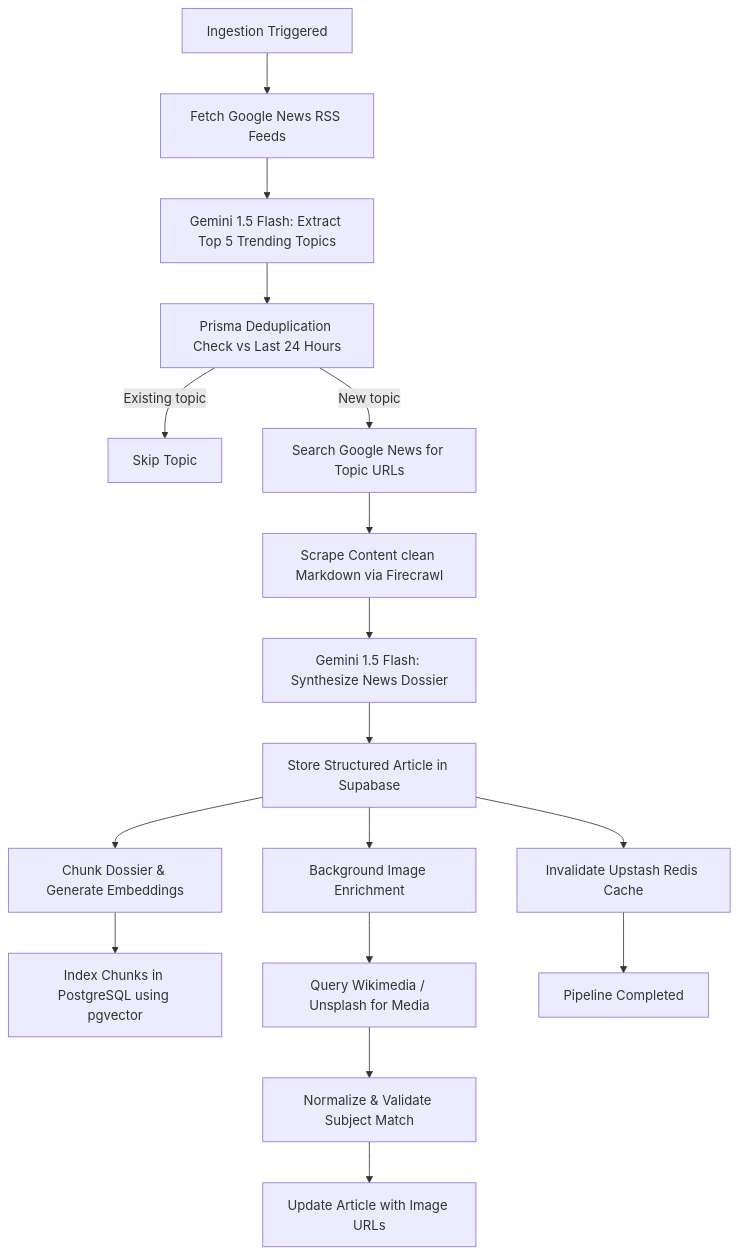
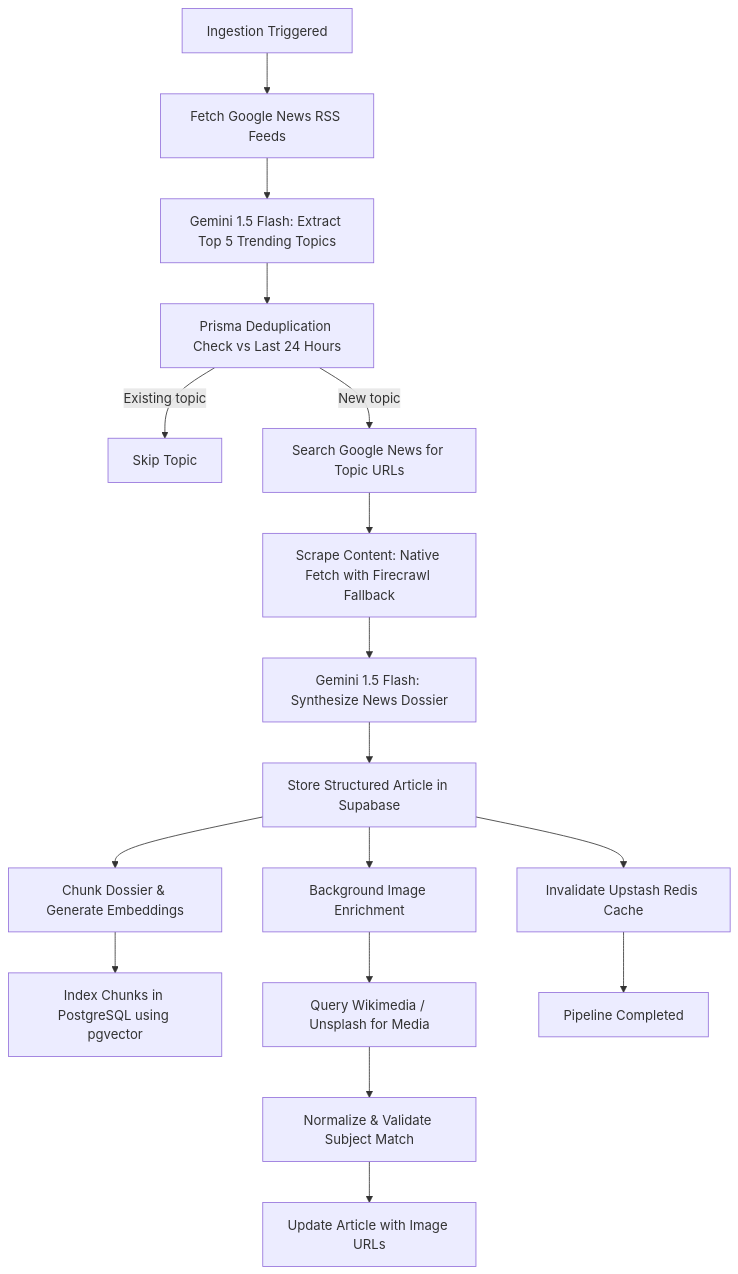
One commit to surajarya0007/India-Report changed the first of 3 diagrams in README.md. Above: the diagram before and after it, drawn with Mermaid. The commit also changed other lines of this file and 13 other files, not shown here.

````diff
--- a/README.md
+++ b/README.md
@@ -22,19 +22,19 @@
 ```mermaid
 flowchart TD
     Start[Ingestion Triggered] --> Feeds[Fetch Google News RSS Feeds]
     Feeds --> GeminiTrend[Gemini 1.5 Flash: Extract Top 5 Trending Topics]
     GeminiTrend --> Dedup[Prisma Deduplication Check vs Last 24 Hours]
     Dedup -->|Existing topic| Skip[Skip Topic]
     Dedup -->|New topic| Search[Search Google News for Topic URLs]
-    Search --> Crawl[Scrape Content clean Markdown via Firecrawl]
+    Search --> Crawl[Scrape Content: Native Fetch with Firecrawl Fallback]
     Crawl --> GeminiSynth[Gemini 1.5 Flash: Synthesize News Dossier]
     GeminiSynth --> DBStore[Store Structured Article in Supabase]
     DBStore --> RAGIndex[Chunk Dossier & Generate Embeddings]
     RAGIndex --> pgvector[Index Chunks in PostgreSQL using pgvector]
     DBStore --> BG_Image[Background Image Enrichment]
     BG_Image --> Wikimedia[Query Wikimedia / Unsplash for Media]
     Wikimedia --> ValidateImage[Normalize & Validate Subject Match]
     ValidateImage --> UpdateDB[Update Article with Image URLs]
     DBStore --> Cache[Invalidate Upstash Redis Cache]
     Cache --> Done[Pipeline Completed]
 ```
````
